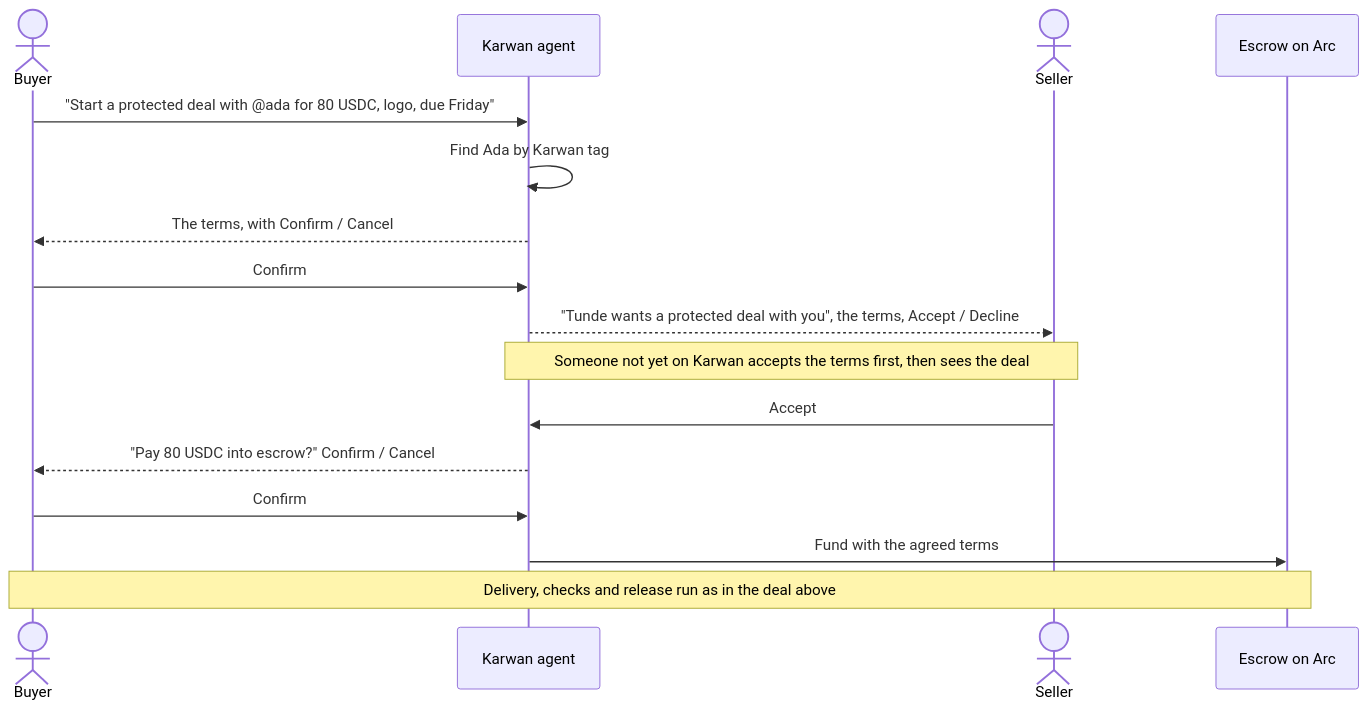
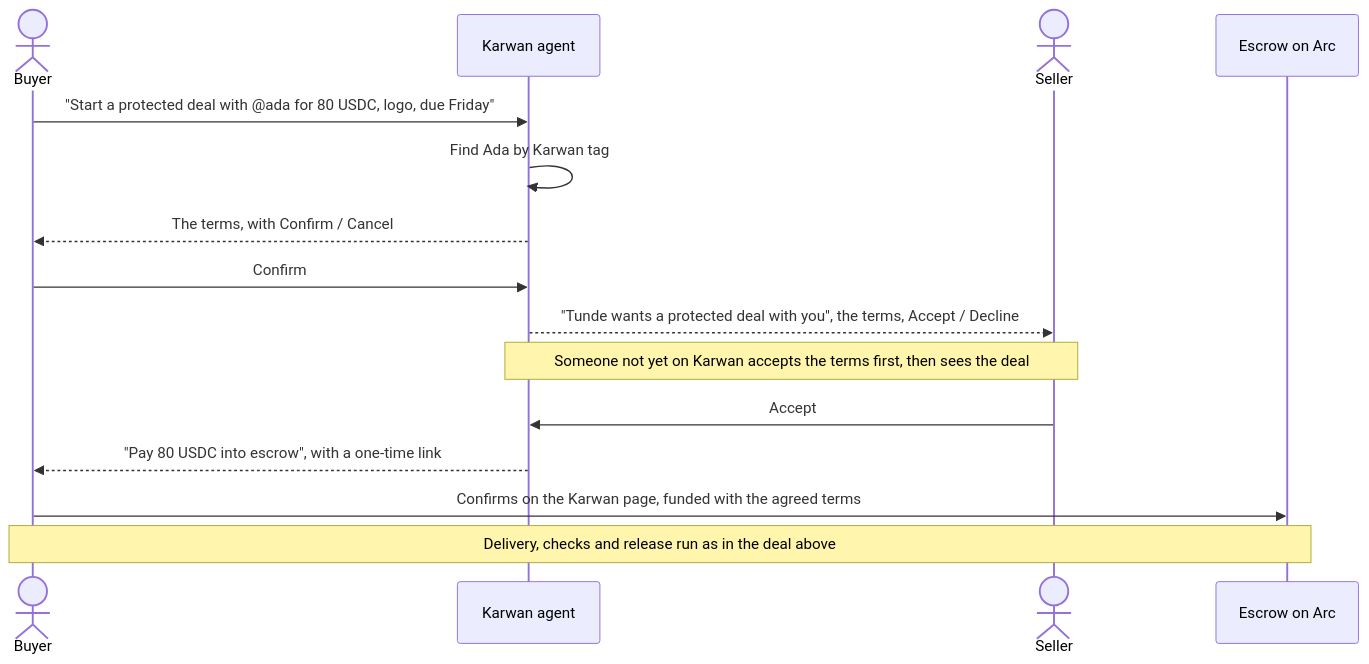
Before and after one commit to Iziedking/Karwan: the fifth of 6 diagrams in docs/architecture/10-verified-network.md, drawn with Mermaid. The commit also changed other lines of this file and 8 other files, not shown here.

````diff
--- a/docs/architecture/10-verified-network.md
+++ b/docs/architecture/10-verified-network.md
@@ -144,19 +145,18 @@
 ```mermaid
 sequenceDiagram
   actor B as Buyer
   participant K as Karwan agent
   actor S as Seller
   participant E as Escrow on Arc
 
   B->>K: "Start a protected deal with @ada for 80 USDC, logo, due Friday"
   K->>K: Find Ada by Karwan tag
   K-->>B: The terms, with Confirm / Cancel
   B->>K: Confirm
   K-->>S: "Tunde wants a protected deal with you", the terms, Accept / Decline
   Note over K,S: Someone not yet on Karwan accepts the terms first, then sees the deal
   S->>K: Accept
-  K-->>B: "Pay 80 USDC into escrow?" Confirm / Cancel
-  B->>K: Confirm
-  K->>E: Fund with the agreed terms
+  K-->>B: "Pay 80 USDC into escrow", with a one-time link
+  B->>E: Confirms on the Karwan page, funded with the agreed terms
   Note over B,E: Delivery, checks and release run as in the deal above
 ```
````
